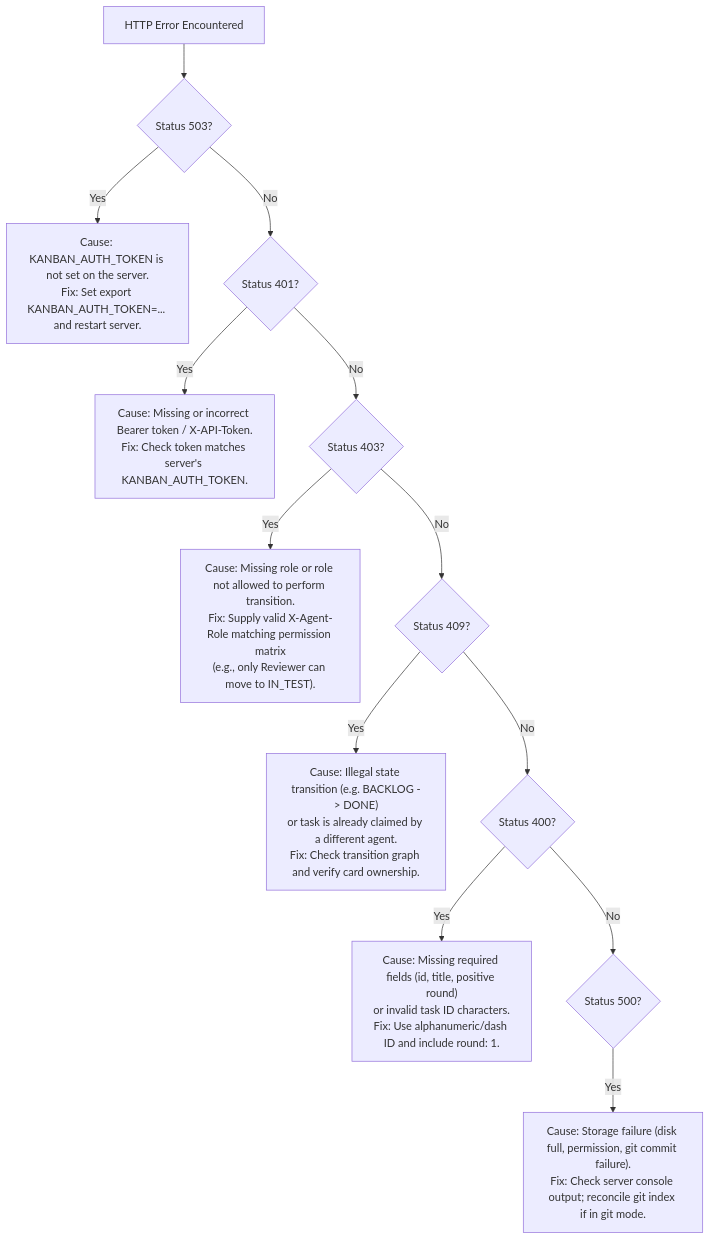
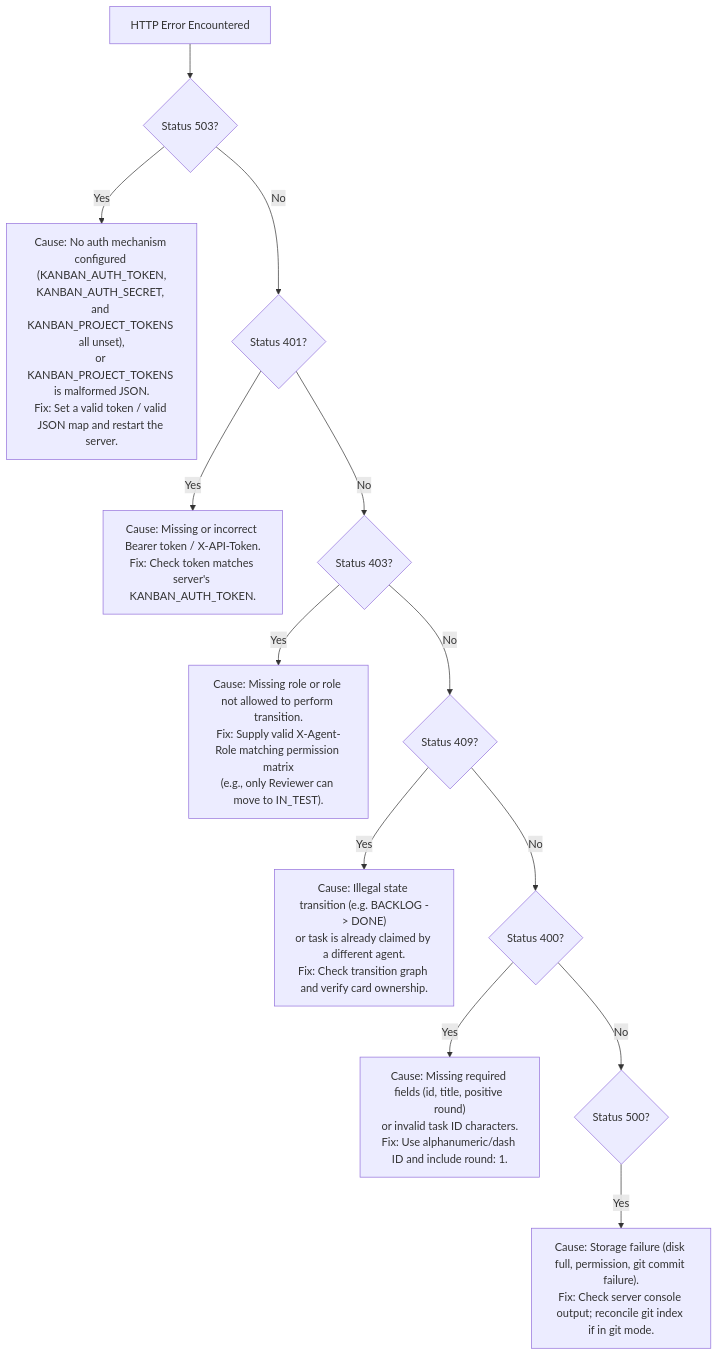
The third of 3 diagrams in docs/USER_AND_OPERATOR_MANUAL.md (riazrahaman/agent-kanban-board), drawn with Mermaid before and after one commit. The commit also changed other lines of this file and 6 other files, not shown here.

````diff
--- a/docs/USER_AND_OPERATOR_MANUAL.md
+++ b/docs/USER_AND_OPERATOR_MANUAL.md
@@ -379,22 +423,22 @@
 ```mermaid
 flowchart TD
     Err["HTTP Error Encountered"]
     
     Err --> Code503{"Status 503?"}
-    Code503 -- Yes --> Fix503["Cause: KANBAN_AUTH_TOKEN is not set on the server.\nFix: Set export KANBAN_AUTH_TOKEN=... and restart server."]
+    Code503 -- Yes --> Fix503["Cause: No auth mechanism configured (KANBAN_AUTH_TOKEN,\nKANBAN_AUTH_SECRET, and KANBAN_PROJECT_TOKENS all unset),\nor KANBAN_PROJECT_TOKENS is malformed JSON.\nFix: Set a valid token / valid JSON map and restart the server."]
     
     Code503 -- No --> Code401{"Status 401?"}
     Code401 -- Yes --> Fix401["Cause: Missing or incorrect Bearer token / X-API-Token.\nFix: Check token matches server's KANBAN_AUTH_TOKEN."]
 
     Code401 -- No --> Code403{"Status 403?"}
     Code403 -- Yes --> Fix403["Cause: Missing role or role not allowed to perform transition.\nFix: Supply valid X-Agent-Role matching permission matrix\n(e.g., only Reviewer can move to IN_TEST)."]
 
     Code403 -- No --> Code409{"Status 409?"}
     Code409 -- Yes --> Fix409["Cause: Illegal state transition (e.g. BACKLOG -> DONE)\nor task is already claimed by a different agent.\nFix: Check transition graph and verify card ownership."]
 
     Code409 -- No --> Code400{"Status 400?"}
     Code400 -- Yes --> Fix400["Cause: Missing required fields (id, title, positive round)\nor invalid task ID characters.\nFix: Use alphanumeric/dash ID and include round: 1."]
 
     Code400 -- No --> Code500{"Status 500?"}
     Code500 -- Yes --> Fix500["Cause: Storage failure (disk full, permission, git commit failure).\nFix: Check server console output; reconcile git index if in git mode."]
 ```
````
